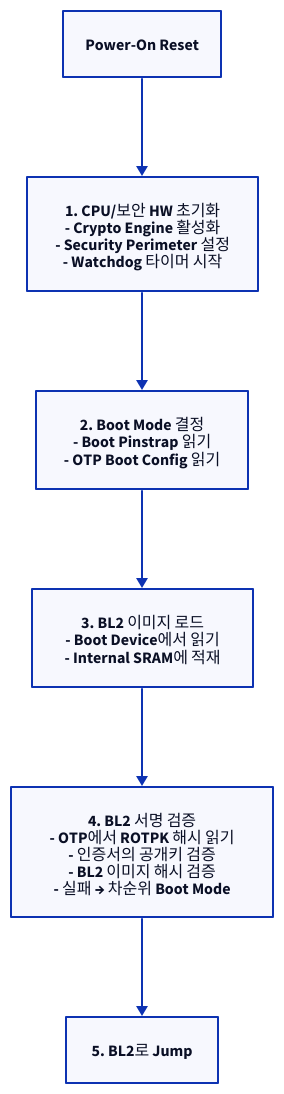
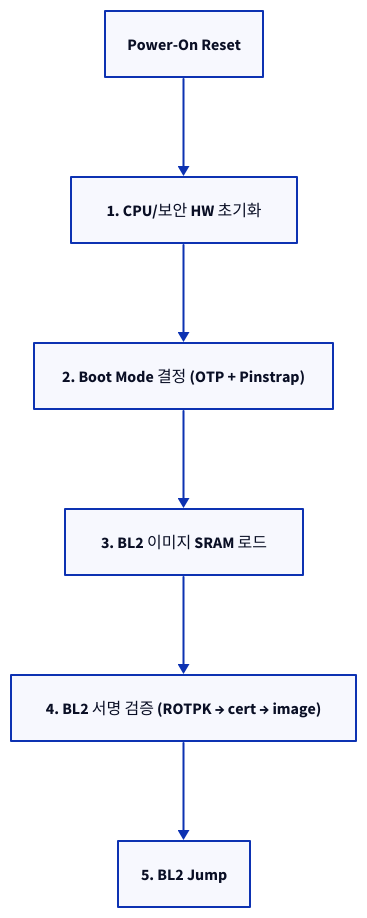
Before and after one commit to humbleowl39/DV_SKOOL: the fourth of 8 diagrams in topics/soc_secure_boot/docs/01_hardware_root_of_trust.md, drawn with D2. The commit also changed other lines of this file and 90 other files, not shown here.

First line of the commit message:
docs: 전 토픽 다이어그램 정비 — ASCII→D2, mermaid→D2, 과대 D2 가시성 수정

````diff
--- a/topics/soc_secure_boot/docs/01_hardware_root_of_trust.md
+++ b/topics/soc_secure_boot/docs/01_hardware_root_of_trust.md
@@ -243,15 +227,15 @@
 ```d2
 direction: down
 
 POR: "Power-On Reset"
-S1: "1. CPU/보안 HW 초기화\n- Crypto Engine 활성화\n- Security Perimeter 설정\n- Watchdog 타이머 시작"
-S2: "2. Boot Mode 결정\n- Boot Pinstrap 읽기\n- OTP Boot Config 읽기"
-S3: "3. BL2 이미지 로드\n- Boot Device에서 읽기\n- Internal SRAM에 적재"
-S4: "4. BL2 서명 검증\n- OTP에서 ROTPK 해시 읽기\n- 인증서의 공개키 검증\n- BL2 이미지 해시 검증\n- 실패 → 차순위 Boot Mode"
-S5: "5. BL2로 Jump"
+S1: "1. CPU/보안 HW 초기화"
+S2: "2. Boot Mode 결정 (OTP + Pinstrap)"
+S3: "3. BL2 이미지 SRAM 로드"
+S4: "4. BL2 서명 검증 (ROTPK → cert → image)"
+S5: "5. BL2 Jump"
 POR -> S1
 S1 -> S2
 S2 -> S3
 S3 -> S4
 S4 -> S5
 ```
````
